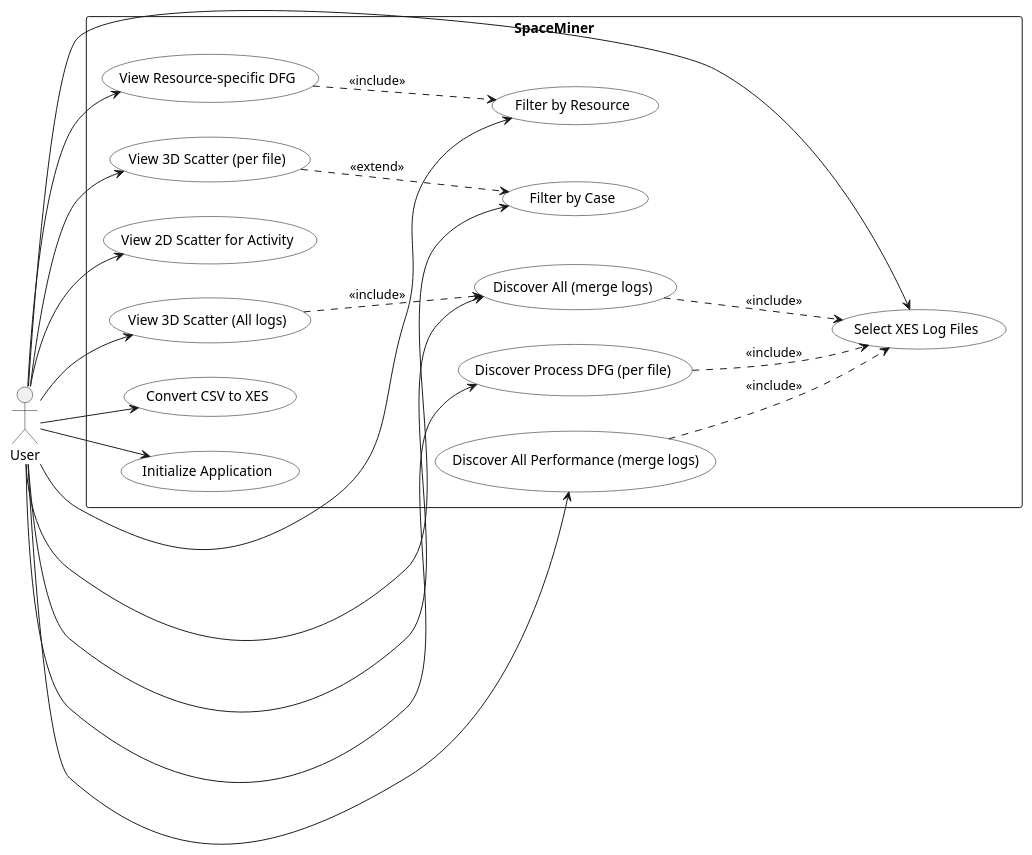
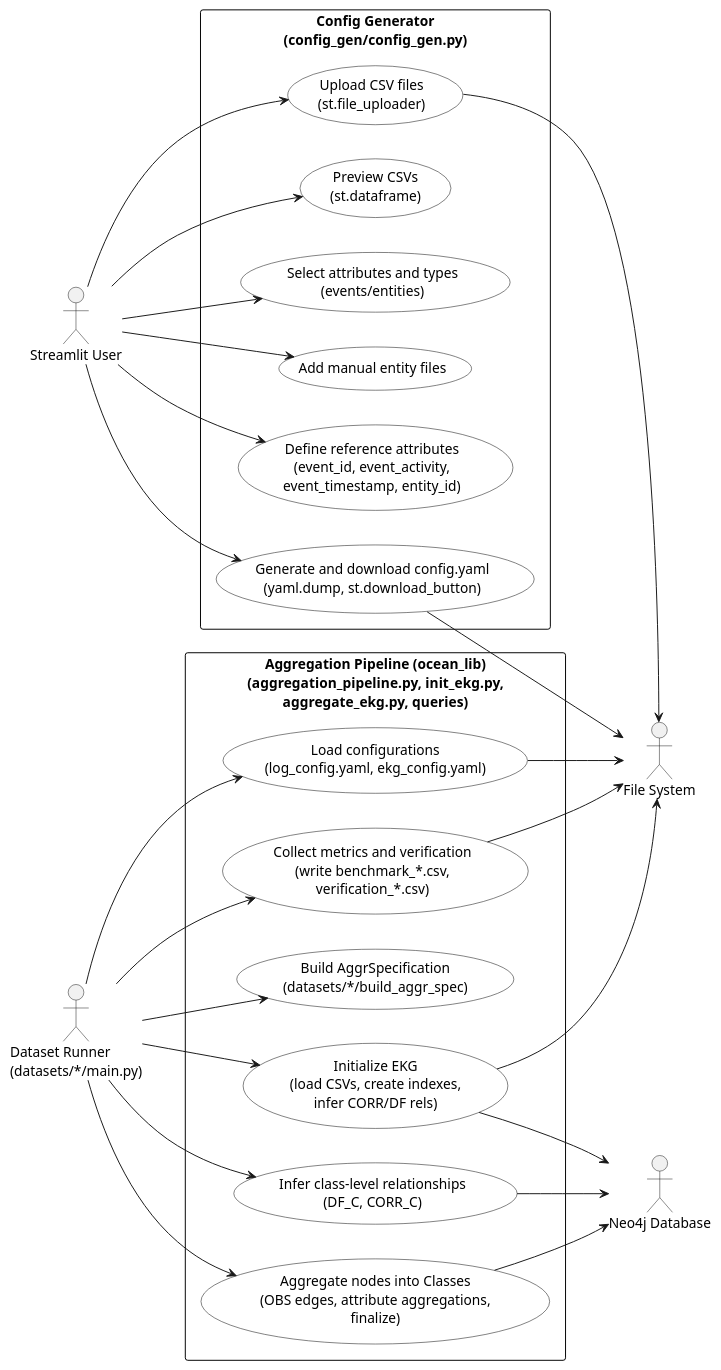
The first of 4 diagrams in Repo4/Repo_Doc4.md (zummino/prova_doc_gen), drawn with PlantUML before and after one commit. The commit also changed other lines of this file and 23 other files, not shown here.

````diff
--- a/Repo4/Repo_Doc4.md
+++ b/Repo4/Repo_Doc4.md
@@ -206,49 +78,67 @@
 ```plantuml
-@startuml
+@startuml 
+
 left to right direction
-skinparam packageStyle rectangle
+skinparam actorStyle stick
 skinparam usecase {
   BackgroundColor White
   BorderColor Black
 }
-
-actor "User" as User
-
-rectangle "SpaceMiner" as SpaceMiner {
-  usecase "Initialize Application" as UC_Init
-  usecase "Select XES Log Files" as UC_Select
-  usecase "Discover Process DFG (per file)" as UC_DFG
-  usecase "Filter by Resource" as UC_FilterRes
-  usecase "View Resource-specific DFG" as UC_ResDFG
-  usecase "Filter by Case" as UC_FilterCase
-  usecase "View 3D Scatter (per file)" as UC_3D
-  usecase "View 2D Scatter for Activity" as UC_2D
-  usecase "Discover All (merge logs)" as UC_All
-  usecase "Discover All Performance (merge logs)" as UC_AllPerf
-  usecase "View 3D Scatter (All logs)" as UC_3DAll
-  usecase "Convert CSV to XES" as UC_CSV2XES
+skinparam rectangle {
+  BackgroundColor White
+  BorderColor Black
 }
 
-User --> UC_Init
-User --> UC_Select
-User --> UC_DFG
-User --> UC_FilterRes
-User --> UC_ResDFG
-User --> UC_FilterCase
-User --> UC_3D
-User --> UC_2D
-User --> UC_All
-User --> UC_AllPerf
-User --> UC_3DAll
-User --> UC_CSV2XES
+actor "Streamlit User" as User
+actor "Dataset Runner\n(datasets/*/main.py)" as Runner
+actor "Neo4j Database" as Neo4j
+actor "File System" as FS
 
-' Implementation-sequence relationships
-UC_DFG ..> UC_Select : <<include>>
-UC_ResDFG ..> UC_FilterRes : <<include>>
-UC_All ..> UC_Select : <<include>>
-UC_AllPerf ..> UC_Select : <<include>>
-UC_3D ..> UC_FilterCase : <<extend>>
-UC_3DAll ..> UC_All : <<include>>
+rectangle "Config Generator\n(config_gen/config_gen.py)" as CG {
+  usecase "Upload CSV files\n(st.file_uploader)" as UC1
+  usecase "Preview CSVs\n(st.dataframe)" as UC2
+  usecase "Select attributes and types\n(events/entities)" as UC3
+  usecase "Add manual entity files" as UC4
+  usecase "Define reference attributes\n(event_id, event_activity,\nevent_timestamp, entity_id)" as UC5
+  usecase "Generate and download config.yaml\n(yaml.dump, st.download_button)" as UC6
+}
+
+rectangle "Aggregation Pipeline (ocean_lib)\n(aggregation_pipeline.py, init_ekg.py,\naggregate_ekg.py, queries)" as OL {
+  usecase "Load configurations\n(log_config.yaml, ekg_config.yaml)" as UA1
+  usecase "Initialize EKG\n(load CSVs, create indexes,\ninfer CORR/DF rels)" as UA2
+  usecase "Build AggrSpecification\n(datasets/*/build_aggr_spec)" as UA3
+  usecase "Aggregate nodes into Classes\n(OBS edges, attribute aggregations,\nfinalize)" as UA4
+  usecase "Infer class-level relationships\n(DF_C, CORR_C)" as UA5
+  usecase "Collect metrics and verification\n(write benchmark_*.csv,\nverification_*.csv)" as UA6
+}
+
+' User interactions with the Streamlit app
+User --> UC1
+User --> UC2
+User --> UC3
+User --> UC4
+User --> UC5
+User --> UC6
+
+' Runner interactions with the aggregation library
+Runner --> UA1
+Runner --> UA3
+Runner --> UA2
+Runner --> UA4
+Runner --> UA5
+Runner --> UA6
+
+' External systems interactions
+UC1 --> FS
+UC6 --> FS
+
+UA1 --> FS
+UA2 --> FS
+UA6 --> FS
+
+UA2 --> Neo4j
+UA4 --> Neo4j
+UA5 --> Neo4j
 
 @enduml
 ```
````
